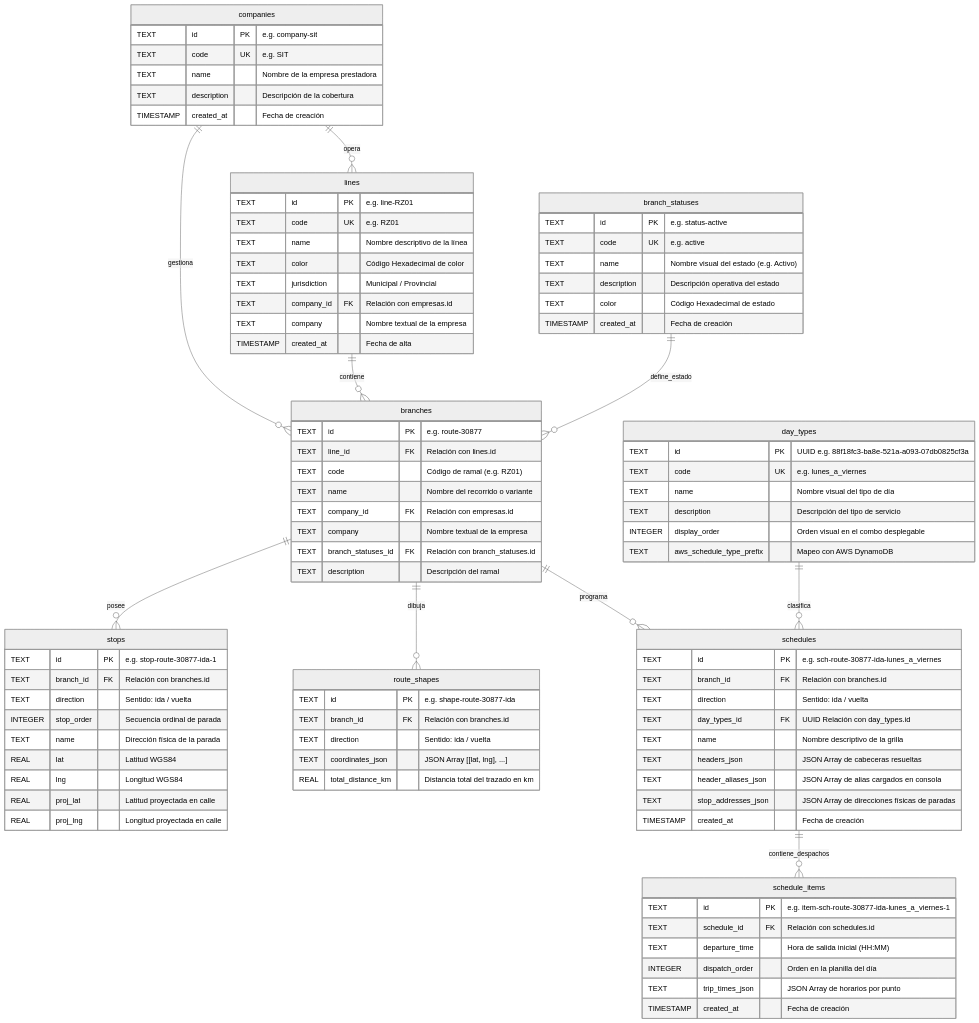
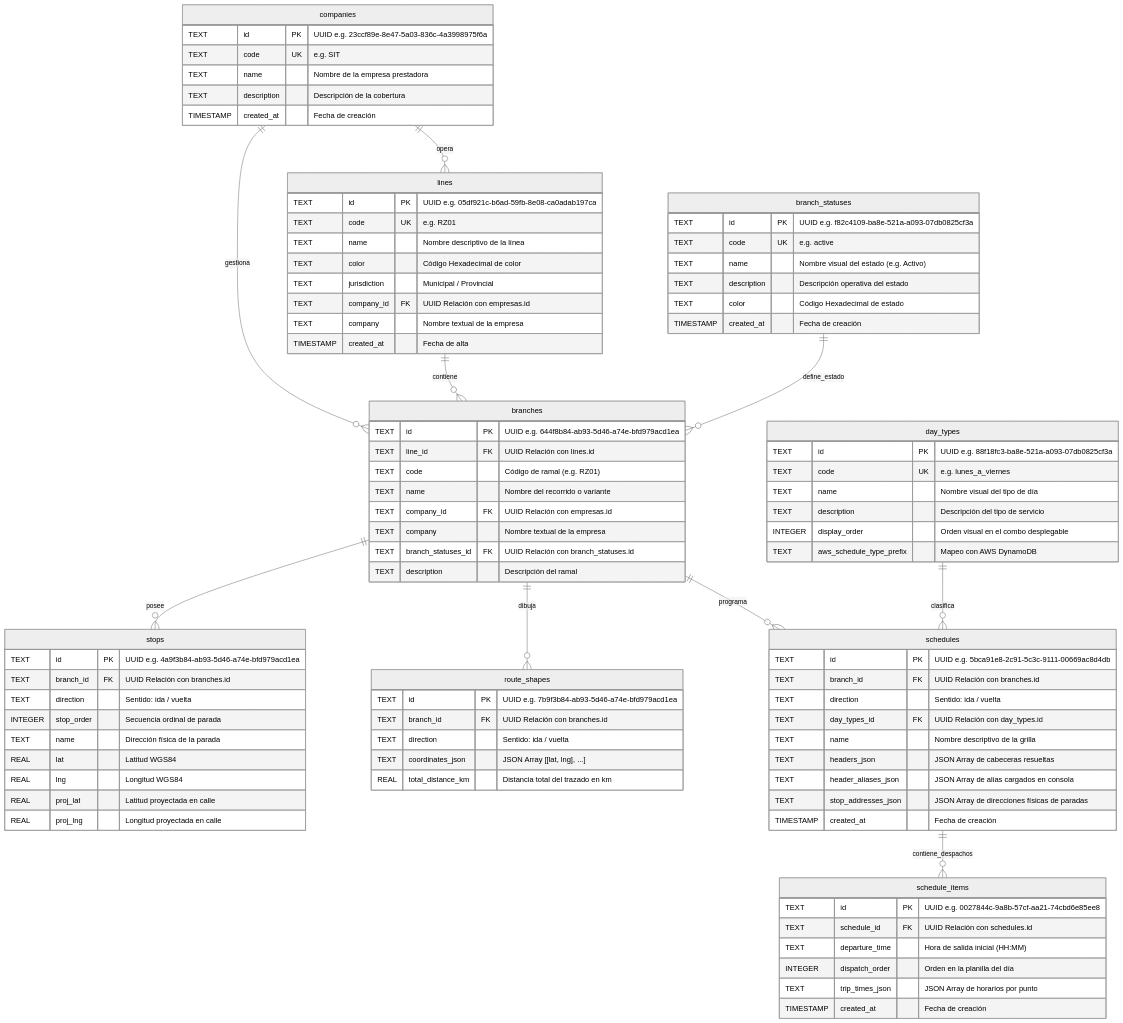
Before and after one commit to CollieHub/collie-mobility-transit-webpage-app-docs: the diagram in database/entity_relationship_diagram.mmd, drawn with Mermaid (neutral theme). The commit also changed 1 other file, not shown here.

Commit message:
docs(database): document UUID v4 primary keys across all 9 tables

```diff
--- a/database/entity_relationship_diagram.mmd
+++ b/database/entity_relationship_diagram.mmd
@@ -1,99 +1,99 @@
 erDiagram
     companies ||--o{ lines : "opera"
     companies ||--o{ branches : "gestiona"
     lines ||--o{ branches : "contiene"
     branch_statuses ||--o{ branches : "define_estado"
     branches ||--o{ stops : "posee"
     branches ||--o{ route_shapes : "dibuja"
     branches ||--o{ schedules : "programa"
     day_types ||--o{ schedules : "clasifica"
     schedules ||--o{ schedule_items : "contiene_despachos"
 
     companies {
-        TEXT id PK "e.g. company-sit"
+        TEXT id PK "UUID e.g. 23ccf89e-8e47-5a03-836c-4a3998975f6a"
         TEXT code UK "e.g. SIT"
         TEXT name "Nombre de la empresa prestadora"
         TEXT description "Descripción de la cobertura"
         TIMESTAMP created_at "Fecha de creación"
     }
 
     lines {
-        TEXT id PK "e.g. line-RZ01"
+        TEXT id PK "UUID e.g. 05df921c-b6ad-59fb-8e08-ca0adab197ca"
         TEXT code UK "e.g. RZ01"
         TEXT name "Nombre descriptivo de la línea"
         TEXT color "Código Hexadecimal de color"
         TEXT jurisdiction "Municipal / Provincial"
-        TEXT company_id FK "Relación con empresas.id"
+        TEXT company_id FK "UUID Relación con empresas.id"
         TEXT company "Nombre textual de la empresa"
         TIMESTAMP created_at "Fecha de alta"
     }
 
     branch_statuses {
-        TEXT id PK "e.g. status-active"
+        TEXT id PK "UUID e.g. f82c4109-ba8e-521a-a093-07db0825cf3a"
         TEXT code UK "e.g. active"
         TEXT name "Nombre visual del estado (e.g. Activo)"
         TEXT description "Descripción operativa del estado"
         TEXT color "Código Hexadecimal de estado"
         TIMESTAMP created_at "Fecha de creación"
     }
 
     branches {
-        TEXT id PK "e.g. route-30877"
-        TEXT line_id FK "Relación con lines.id"
+        TEXT id PK "UUID e.g. 644f8b84-ab93-5d46-a74e-bfd979acd1ea"
+        TEXT line_id FK "UUID Relación con lines.id"
         TEXT code "Código de ramal (e.g. RZ01)"
         TEXT name "Nombre del recorrido o variante"
-        TEXT company_id FK "Relación con empresas.id"
+        TEXT company_id FK "UUID Relación con empresas.id"
         TEXT company "Nombre textual de la empresa"
-        TEXT branch_statuses_id FK "Relación con branch_statuses.id"
+        TEXT branch_statuses_id FK "UUID Relación con branch_statuses.id"
         TEXT description "Descripción del ramal"
     }
 
     stops {
-        TEXT id PK "e.g. stop-route-30877-ida-1"
-        TEXT branch_id FK "Relación con branches.id"
+        TEXT id PK "UUID e.g. 4a9f3b84-ab93-5d46-a74e-bfd979acd1ea"
+        TEXT branch_id FK "UUID Relación con branches.id"
         TEXT direction "Sentido: ida / vuelta"
         INTEGER stop_order "Secuencia ordinal de parada"
         TEXT name "Dirección física de la parada"
         REAL lat "Latitud WGS84"
         REAL lng "Longitud WGS84"
         REAL proj_lat "Latitud proyectada en calle"
         REAL proj_lng "Longitud proyectada en calle"
     }
 
     route_shapes {
-        TEXT id PK "e.g. shape-route-30877-ida"
-        TEXT branch_id FK "Relación con branches.id"
+        TEXT id PK "UUID e.g. 7b9f3b84-ab93-5d46-a74e-bfd979acd1ea"
+        TEXT branch_id FK "UUID Relación con branches.id"
         TEXT direction "Sentido: ida / vuelta"
         TEXT coordinates_json "JSON Array [[lat, lng], ...]"
         REAL total_distance_km "Distancia total del trazado en km"
     }
 
     day_types {
         TEXT id PK "UUID e.g. 88f18fc3-ba8e-521a-a093-07db0825cf3a"
         TEXT code UK "e.g. lunes_a_viernes"
         TEXT name "Nombre visual del tipo de día"
         TEXT description "Descripción del tipo de servicio"
         INTEGER display_order "Orden visual en el combo desplegable"
         TEXT aws_schedule_type_prefix "Mapeo con AWS DynamoDB"
     }
 
     schedules {
-        TEXT id PK "e.g. sch-route-30877-ida-lunes_a_viernes"
-        TEXT branch_id FK "Relación con branches.id"
+        TEXT id PK "UUID e.g. 5bca91e8-2c91-5c3c-9111-00669ac8d4db"
+        TEXT branch_id FK "UUID Relación con branches.id"
         TEXT direction "Sentido: ida / vuelta"
         TEXT day_types_id FK "UUID Relación con day_types.id"
         TEXT name "Nombre descriptivo de la grilla"
         TEXT headers_json "JSON Array de cabeceras resueltas"
         TEXT header_aliases_json "JSON Array de alias cargados en consola"
         TEXT stop_addresses_json "JSON Array de direcciones físicas de paradas"
         TIMESTAMP created_at "Fecha de creación"
     }
 
     schedule_items {
-        TEXT id PK "e.g. item-sch-route-30877-ida-lunes_a_viernes-1"
-        TEXT schedule_id FK "Relación con schedules.id"
+        TEXT id PK "UUID e.g. 0027844c-9a8b-57cf-aa21-74cbd6e85ee8"
+        TEXT schedule_id FK "UUID Relación con schedules.id"
         TEXT departure_time "Hora de salida inicial (HH:MM)"
         INTEGER dispatch_order "Orden en la planilla del día"
         TEXT trip_times_json "JSON Array de horarios por punto"
         TIMESTAMP created_at "Fecha de creación"
     }
```
